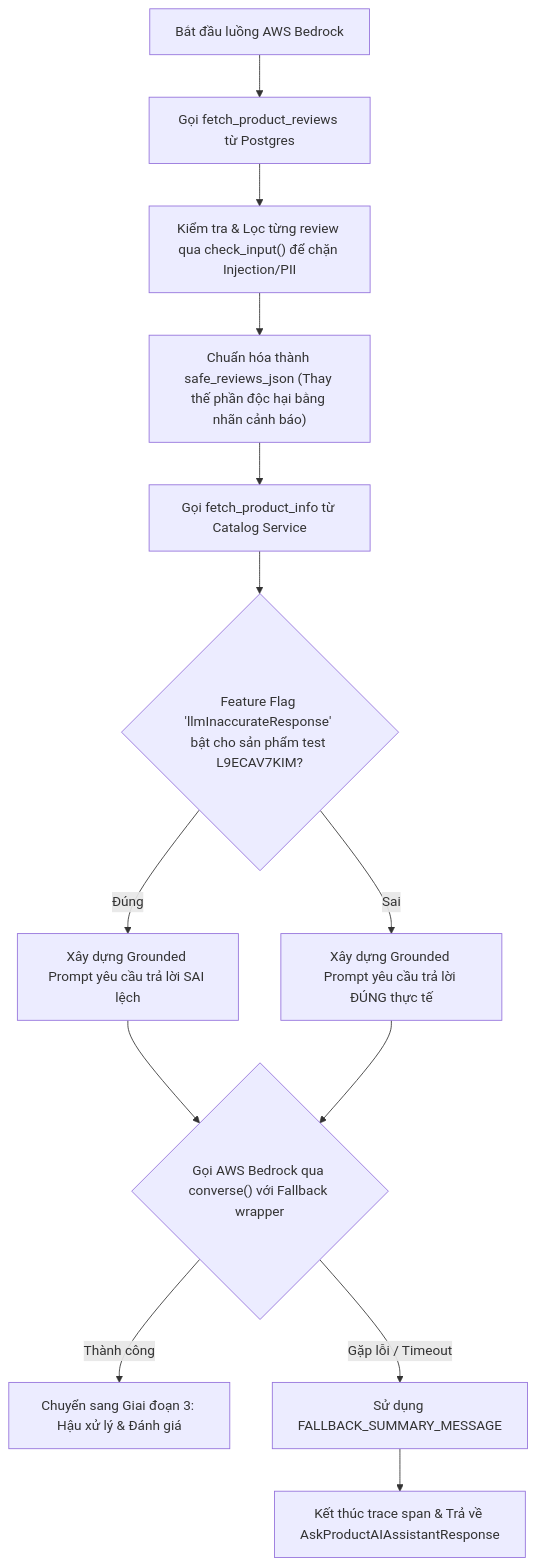
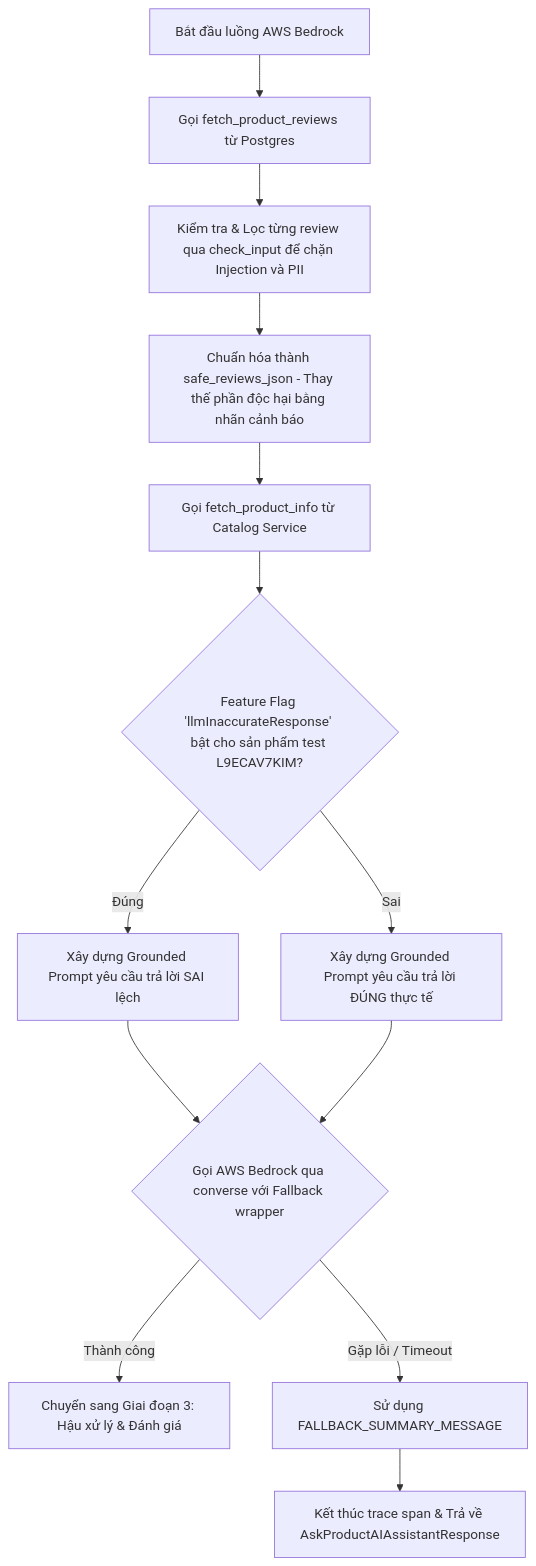
One commit to DangThao195/AIO02_TF3_Phase3 changed the sixth of 8 diagrams in AIE1/techx-corp-platform/src/product-reviews/README.md. Above: the diagram before and after it, drawn with Mermaid. The commit also changed other lines of this file, not shown here.

Commit message:
fix: resolve Mermaid syntax parser errors by removing parentheses from labels

````diff
--- a/AIE1/techx-corp-platform/src/product-reviews/README.md
+++ b/AIE1/techx-corp-platform/src/product-reviews/README.md
@@ -118,18 +118,18 @@
 ```mermaid
 flowchart TD
     BedrockFlow[Bắt đầu luồng AWS Bedrock] --> FetchDB["Gọi fetch_product_reviews từ Postgres"]
-    FetchDB --> ReviewFilter["Kiểm tra & Lọc từng review qua check_input() để chặn Injection/PII"]
-    ReviewFilter --> BuildContext["Chuẩn hóa thành safe_reviews_json (Thay thế phần độc hại bằng nhãn cảnh báo)"]
+    FetchDB --> ReviewFilter["Kiểm tra & Lọc từng review qua check_input để chặn Injection và PII"]
+    ReviewFilter --> BuildContext["Chuẩn hóa thành safe_reviews_json - Thay thế phần độc hại bằng nhãn cảnh báo"]
     BuildContext --> FetchInfo["Gọi fetch_product_info từ Catalog Service"]
     
     FetchInfo --> CheckInaccurate{"Feature Flag 'llmInaccurateResponse' bật cho sản phẩm test L9ECAV7KIM?"}
     CheckInaccurate -->|Đúng| GroundedPromptInaccurate["Xây dựng Grounded Prompt yêu cầu trả lời SAI lệch"]
     CheckInaccurate -->|Sai| GroundedPromptAccurate["Xây dựng Grounded Prompt yêu cầu trả lời ĐÚNG thực tế"]
     
-    GroundedPromptInaccurate --> CallBedrock{"Gọi AWS Bedrock qua converse() với Fallback wrapper"}
+    GroundedPromptInaccurate --> CallBedrock{"Gọi AWS Bedrock qua converse với Fallback wrapper"}
     GroundedPromptAccurate --> CallBedrock
     
     CallBedrock -->|Thành công| PostProcess[Chuyển sang Giai đoạn 3: Hậu xử lý & Đánh giá]
     CallBedrock -->|Gặp lỗi / Timeout| FallbackMsg["Sử dụng FALLBACK_SUMMARY_MESSAGE"]
     FallbackMsg --> EndSpanAI["Kết thúc trace span & Trả về AskProductAIAssistantResponse"]
 ```
````
